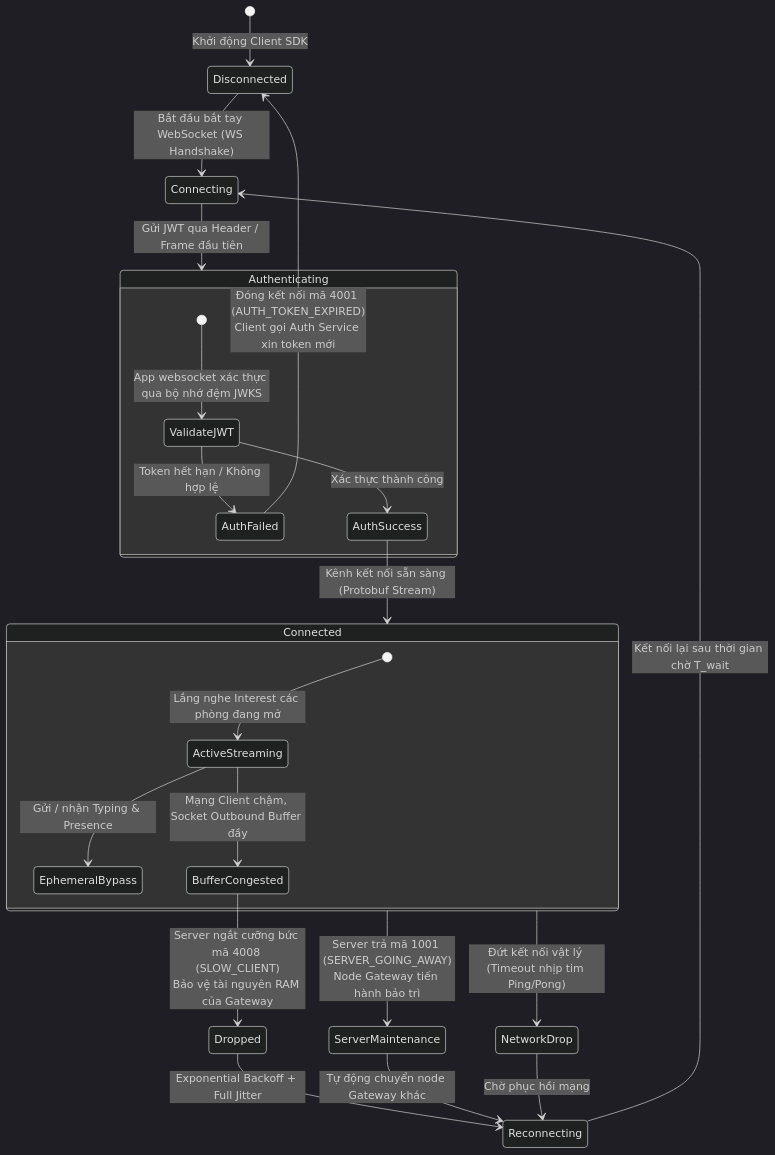
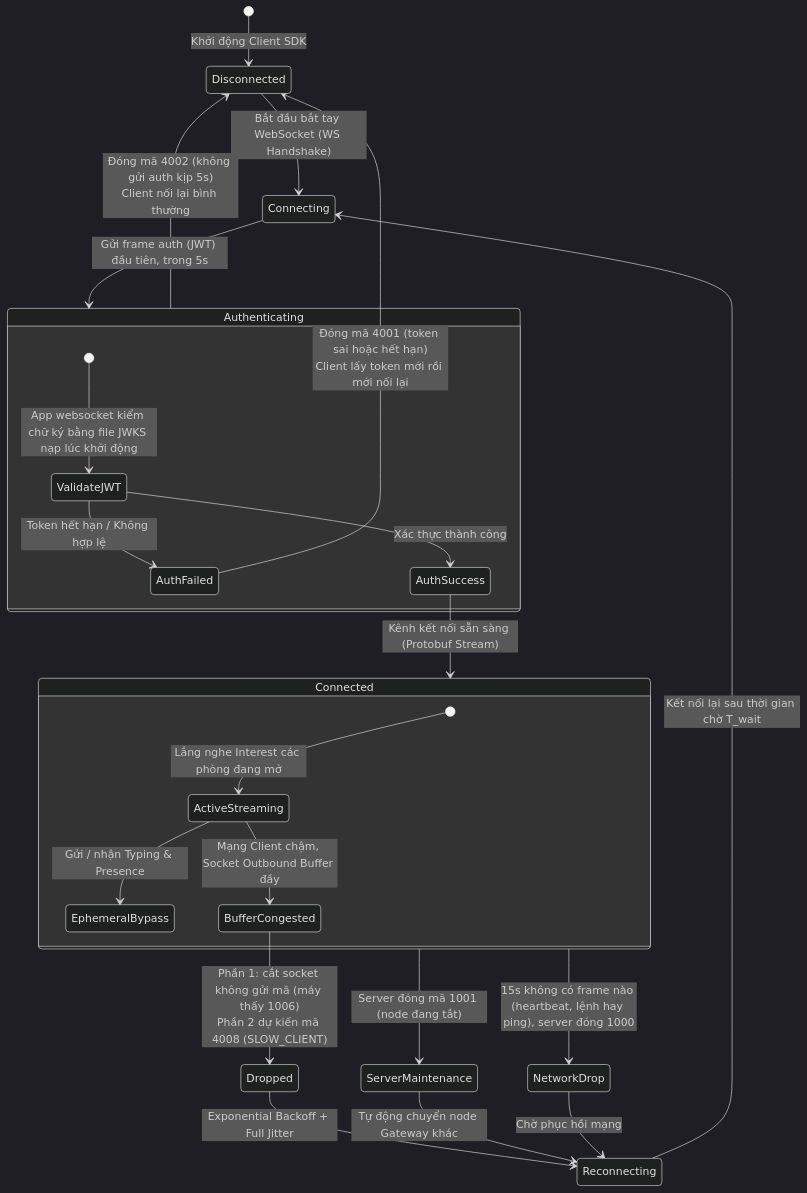
Before and after one commit to ivannguyendev/chatim: the second of 2 diagrams in docs/modules/09-feature-realtime-delivery-and-ephemeral.md, drawn with Mermaid (dark theme). The commit also changed other lines of this file and 6 other files, not shown here.

````diff
--- a/docs/modules/09-feature-realtime-delivery-and-ephemeral.md
+++ b/docs/modules/09-feature-realtime-delivery-and-ephemeral.md
@@ -69,33 +69,34 @@
 ```mermaid
 stateDiagram-v2
     [*] --> Disconnected: Khởi động Client SDK
 
     Disconnected --> Connecting: Bắt đầu bắt tay WebSocket (WS Handshake)
-    Connecting --> Authenticating: Gửi JWT qua Header / Frame đầu tiên
+    Connecting --> Authenticating: Gửi frame auth (JWT) đầu tiên, trong 5s
 
     state Authenticating {
-        [*] --> ValidateJWT: App websocket xác thực qua bộ nhớ đệm JWKS
+        [*] --> ValidateJWT: App websocket kiểm chữ ký bằng file JWKS nạp lúc khởi động
         ValidateJWT --> AuthFailed: Token hết hạn / Không hợp lệ
         ValidateJWT --> AuthSuccess: Xác thực thành công
     }
 
-    AuthFailed --> Disconnected: Đóng kết nối mã 4001 (AUTH_TOKEN_EXPIRED)<br/>Client gọi Auth Service xin token mới
+    AuthFailed --> Disconnected: Đóng mã 4001 (token sai hoặc hết hạn)<br/>Client lấy token mới rồi mới nối lại
+    Authenticating --> Disconnected: Đóng mã 4002 (không gửi auth kịp 5s)<br/>Client nối lại bình thường
 
     AuthSuccess --> Connected: Kênh kết nối sẵn sàng (Protobuf Stream)
 
     state Connected {
         [*] --> ActiveStreaming: Lắng nghe Interest các phòng đang mở
         ActiveStreaming --> EphemeralBypass: Gửi / nhận Typing & Presence
         ActiveStreaming --> BufferCongested: Mạng Client chậm, Socket Outbound Buffer đầy
     }
 
-    BufferCongested --> Dropped: Server ngắt cưỡng bức mã 4008 (SLOW_CLIENT)<br/>Bảo vệ tài nguyên RAM của Gateway
-    Connected --> ServerMaintenance: Server trả mã 1001 (SERVER_GOING_AWAY)<br/>Node Gateway tiến hành bảo trì
-    Connected --> NetworkDrop: Đứt kết nối vật lý (Timeout nhịp tim Ping/Pong)
+    BufferCongested --> Dropped: Phần 1: cắt socket không gửi mã (máy thấy 1006)<br/>Phần 2 dự kiến mã 4008 (SLOW_CLIENT)
+    Connected --> ServerMaintenance: Server đóng mã 1001 (node đang tắt)
+    Connected --> NetworkDrop: 15s không có frame nào (heartbeat, lệnh hay ping), server đóng 1000
 
     Dropped --> Reconnecting: Exponential Backoff + Full Jitter
     ServerMaintenance --> Reconnecting: Tự động chuyển node Gateway khác
     NetworkDrop --> Reconnecting: Chờ phục hồi mạng
 
     Reconnecting --> Connecting: Kết nối lại sau thời gian chờ T_wait
 ```
````
